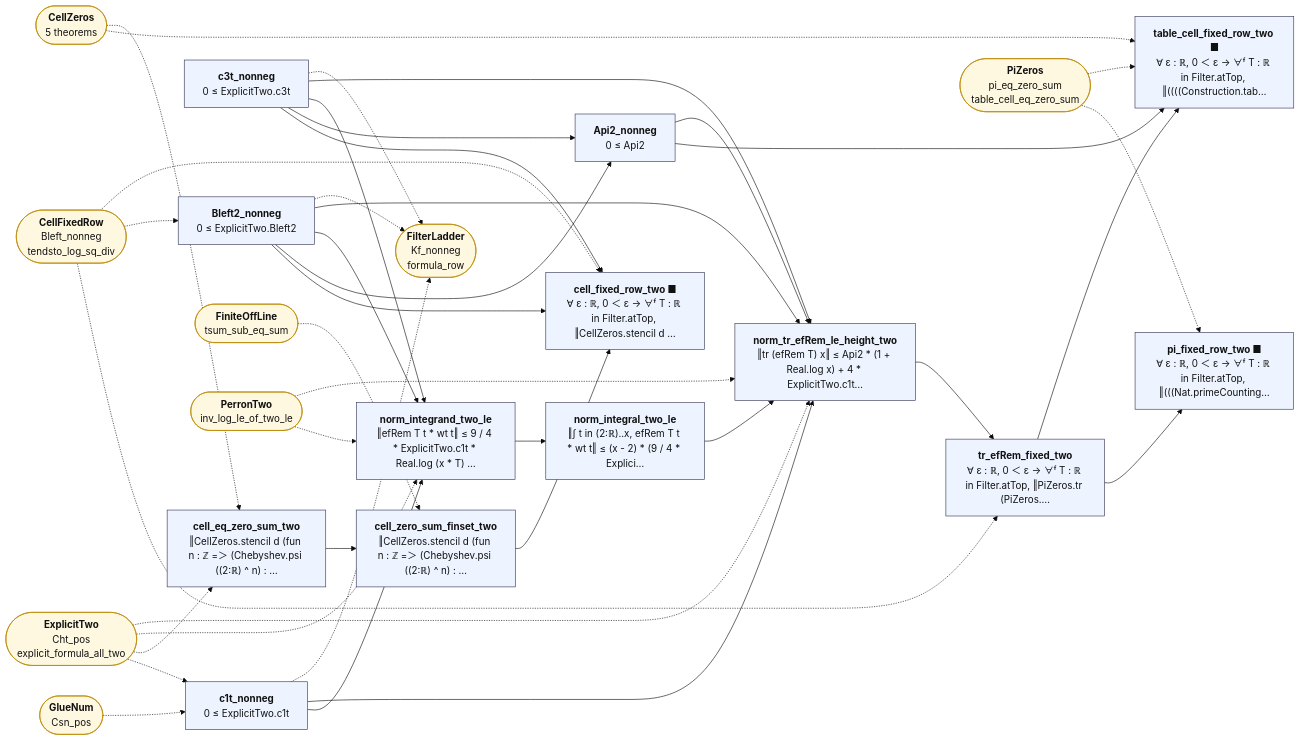
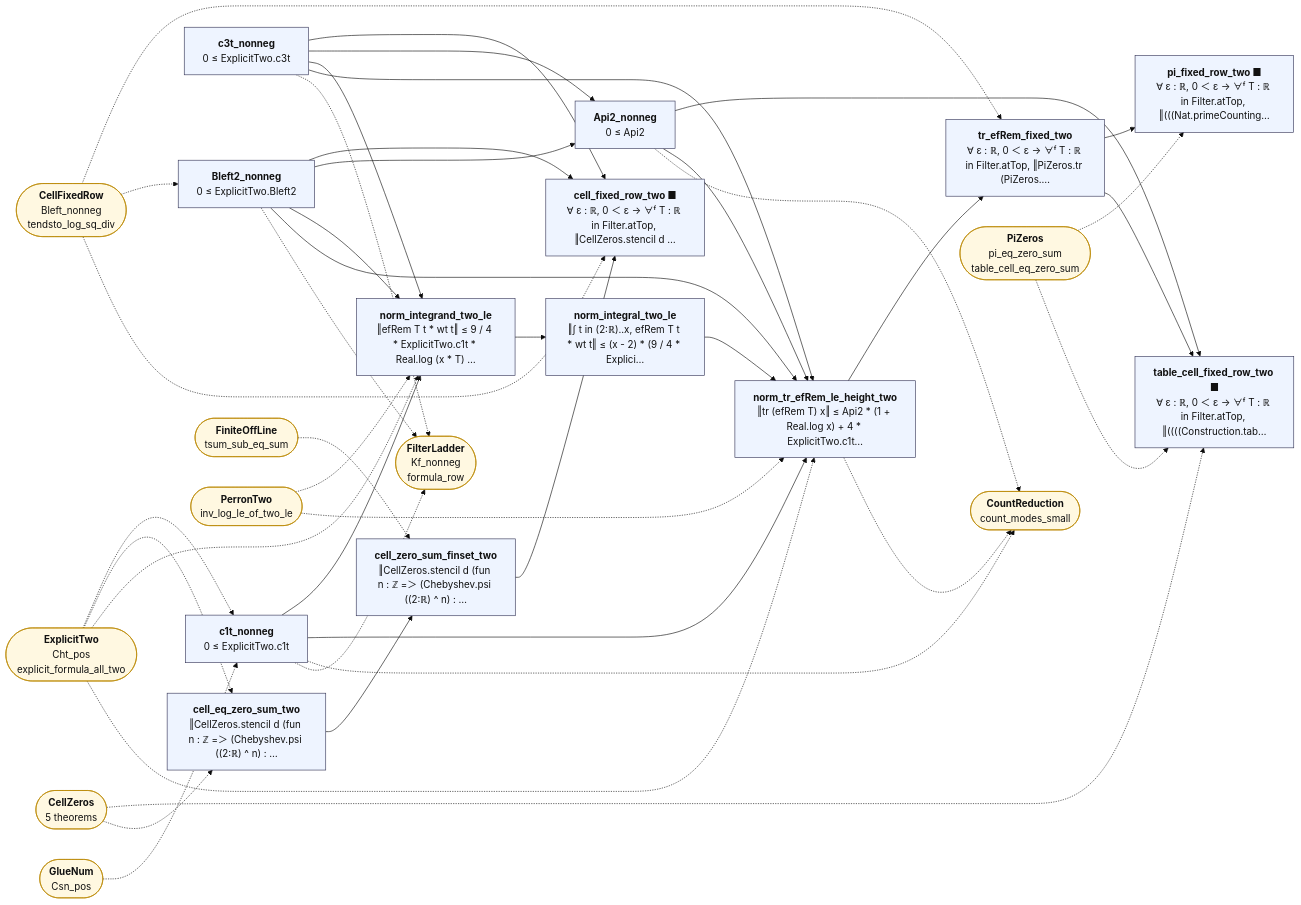
Before and after one commit to juliansambranojr/Primebeat_081426: the diagram in map/lean_stage3/FixedRowTwo.md, drawn with Mermaid (base theme). The commit also changed other lines of this file and 43 other files, not shown here.

First line of the commit message:
Block N2: the count's segments right of a line are small with a power saving (unit 0470)

````diff
--- a/map/lean_stage3/FixedRowTwo.md
+++ b/map/lean_stage3/FixedRowTwo.md
@@ -14,69 +14,73 @@
 ```mermaid
 flowchart LR
   n0["<b>c1t_nonneg</b><br/>0 ≤ ExplicitTwo.c1t"]:::thm
   n1["<b>c3t_nonneg</b><br/>0 ≤ ExplicitTwo.c3t"]:::thm
   n2["<b>Bleft2_nonneg</b><br/>0 ≤ ExplicitTwo.Bleft2"]:::thm
   n3["<b>cell_eq_zero_sum_two</b><br/>‖CellZeros.stencil d (fun n : ℤ =＞ (Chebyshev.psi ((2:ℝ) ^ n) : …"]:::thm
   n4["<b>cell_zero_sum_finset_two</b><br/>‖CellZeros.stencil d (fun n : ℤ =＞ (Chebyshev.psi ((2:ℝ) ^ n) : …"]:::thm
   n5["<b>cell_fixed_row_two ■</b><br/>∀ ε : ℝ, 0 ＜ ε → ∀ᶠ T : ℝ in Filter.atTop, ‖CellZeros.stencil d …"]:::thm
   n6["<b>Api2_nonneg</b><br/>0 ≤ Api2"]:::thm
   n7["<b>norm_integrand_two_le</b><br/>‖efRem T t * wt t‖ ≤ 9 / 4 * ExplicitTwo.c1t * Real.log (x * T) …"]:::thm
   n8["<b>norm_integral_two_le</b><br/>‖∫ t in (2:ℝ)..x, efRem T t * wt t‖ ≤ (x - 2) * (9 / 4 * Explici…"]:::thm
   n9["<b>norm_tr_efRem_le_height_two</b><br/>‖tr (efRem T) x‖ ≤ Api2 * (1 + Real.log x) + 4 * ExplicitTwo.c1t…"]:::thm
   n10["<b>tr_efRem_fixed_two</b><br/>∀ ε : ℝ, 0 ＜ ε → ∀ᶠ T : ℝ in Filter.atTop, ‖PiZeros.tr (PiZeros.…"]:::thm
   n11["<b>pi_fixed_row_two ■</b><br/>∀ ε : ℝ, 0 ＜ ε → ∀ᶠ T : ℝ in Filter.atTop, ‖(((Nat.primeCounting…"]:::thm
   n12["<b>table_cell_fixed_row_two ■</b><br/>∀ ε : ℝ, 0 ＜ ε → ∀ᶠ T : ℝ in Filter.atTop, ‖((((Construction.tab…"]:::thm
   x0(["<b>ExplicitTwo</b><br/>Cht_pos<br/>explicit_formula_all_two"]):::ext
   x1(["<b>GlueNum</b><br/>Csn_pos"]):::ext
-  x2(["<b>FilterLadder</b><br/>Kf_nonneg<br/>formula_row"]):::ext
-  x3(["<b>CellFixedRow</b><br/>Bleft_nonneg<br/>tendsto_log_sq_div"]):::ext
-  x4(["<b>CellZeros</b><br/>5 theorems"]):::ext
-  x5(["<b>FiniteOffLine</b><br/>tsum_sub_eq_sum"]):::ext
-  x6(["<b>PerronTwo</b><br/>inv_log_le_of_two_le"]):::ext
-  x7(["<b>PiZeros</b><br/>pi_eq_zero_sum<br/>table_cell_eq_zero_sum"]):::ext
+  x2(["<b>CountReduction</b><br/>count_modes_small"]):::ext
+  x3(["<b>FilterLadder</b><br/>Kf_nonneg<br/>formula_row"]):::ext
+  x4(["<b>CellFixedRow</b><br/>Bleft_nonneg<br/>tendsto_log_sq_div"]):::ext
+  x5(["<b>CellZeros</b><br/>5 theorems"]):::ext
+  x6(["<b>FiniteOffLine</b><br/>tsum_sub_eq_sum"]):::ext
+  x7(["<b>PerronTwo</b><br/>inv_log_le_of_two_le"]):::ext
+  x8(["<b>PiZeros</b><br/>pi_eq_zero_sum<br/>table_cell_eq_zero_sum"]):::ext
   n0 --> n7
   n0 --> n9
   n1 --> n5
   n1 --> n6
   n1 --> n7
   n1 --> n9
   n10 --> n11
   n10 --> n12
   n2 --> n5
   n2 --> n6
   n2 --> n7
   n2 --> n9
   n3 --> n4
   n4 --> n5
   n6 --> n12
   n6 --> n9
   n7 --> n8
   n8 --> n9
   n9 --> n10
   n0 -.-> x2
-  n1 -.-> x2
-  n2 -.-> x2
+  n0 -.-> x3
+  n1 -.-> x3
+  n2 -.-> x3
+  n6 -.-> x2
+  n9 -.-> x2
   x0 -.-> n0
   x0 -.-> n3
   x0 -.-> n7
   x0 -.-> n9
   x1 -.-> n0
-  x3 -.-> n10
-  x3 -.-> n2
-  x3 -.-> n5
-  x4 -.-> n12
-  x4 -.-> n3
-  x5 -.-> n4
-  x6 -.-> n7
-  x6 -.-> n9
-  x7 -.-> n11
-  x7 -.-> n12
+  x4 -.-> n10
+  x4 -.-> n2
+  x4 -.-> n5
+  x5 -.-> n12
+  x5 -.-> n3
+  x6 -.-> n4
+  x7 -.-> n7
+  x7 -.-> n9
+  x8 -.-> n11
+  x8 -.-> n12
   classDef cnt fill:#dff5ec,stroke:#17694a,color:#111
   classDef shp fill:#f1ecfb,stroke:#5b3fa0,color:#111
   classDef rh fill:#ffe5e5,stroke:#c22,color:#111,stroke-width:2px
   classDef thm fill:#eef4ff,stroke:#335,color:#111
   classDef end_ fill:#e7f7e7,stroke:#2a7,color:#111,stroke-width:2px
   classDef lone fill:#fff,stroke:#999,color:#111,stroke-dasharray:4 3
   classDef bad fill:#ffe5e5,stroke:#c22,color:#111,stroke-width:2px
   classDef ext fill:#fff8e1,stroke:#b80,color:#111
 ```
````
